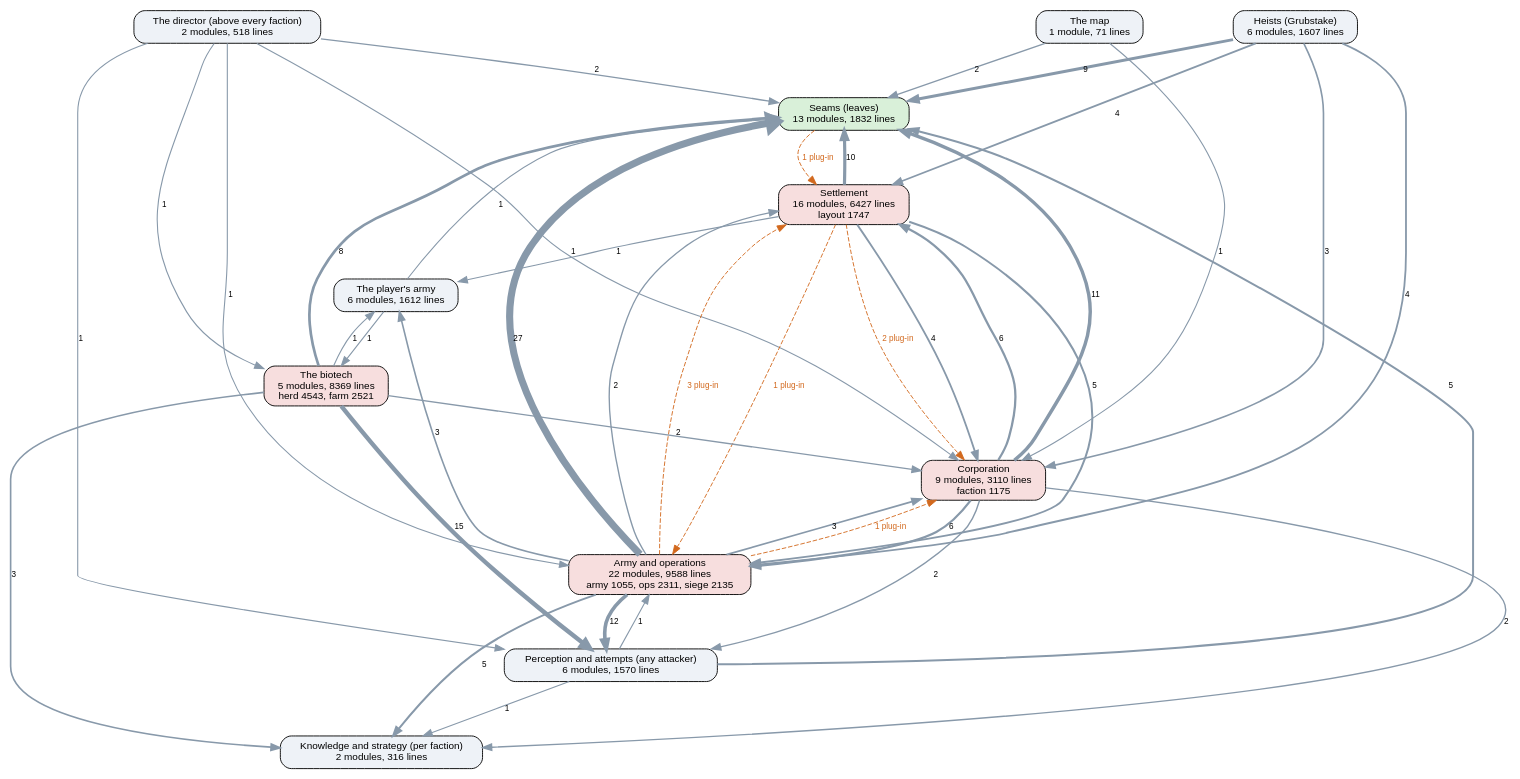
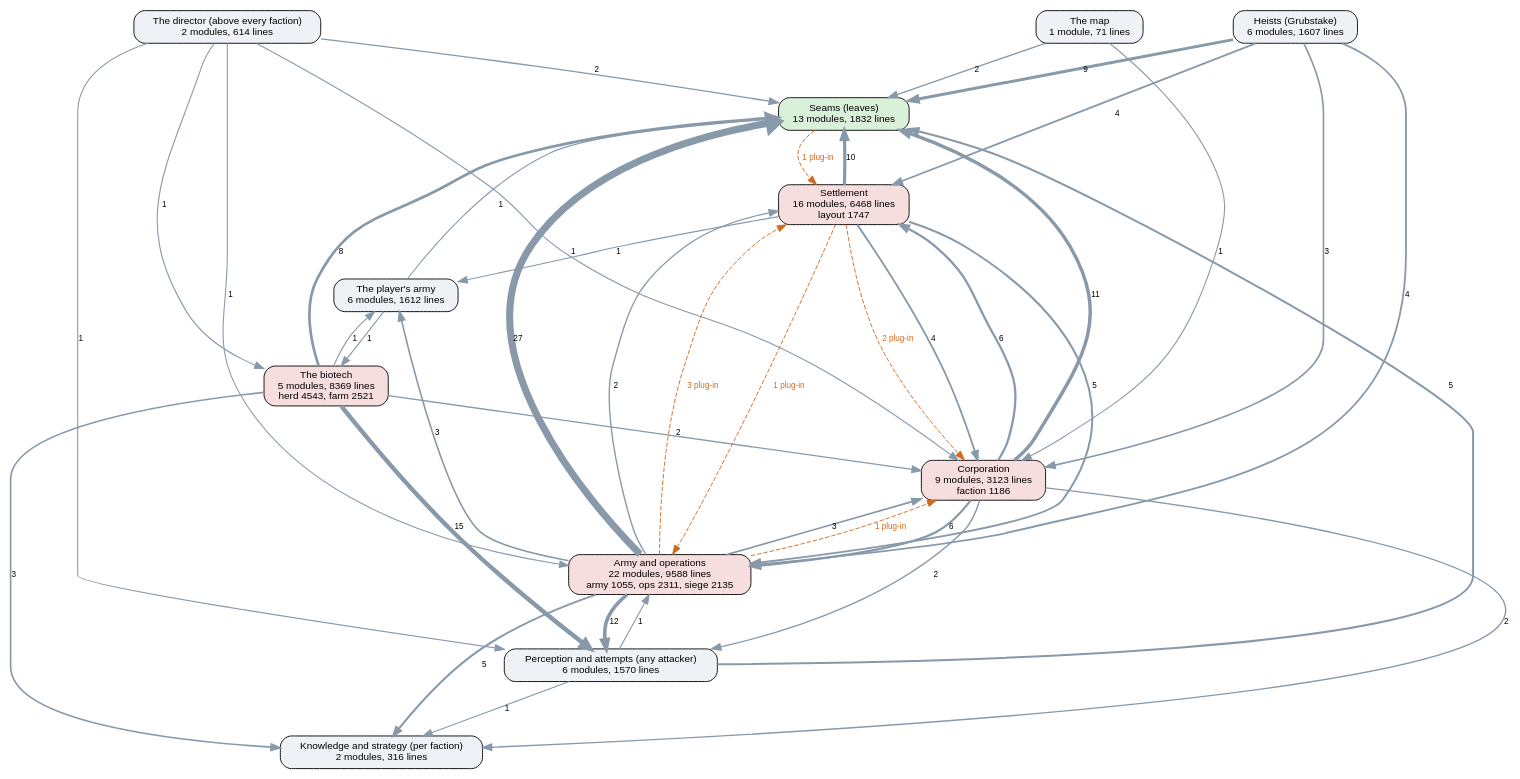
The diagram in docs/ai-layers.dot (kinelhu/landing-party), drawn with Graphviz before and after one commit. The commit also changed 18 other files, not shown here.

```diff
--- a/docs/ai-layers.dot
+++ b/docs/ai-layers.dot
@@ -1,57 +1,57 @@
 digraph layers {
   graph [rankdir=TB, fontname="Helvetica", nodesep=0.5, ranksep=0.7];
   node [shape=box, style="rounded,filled", fontname="Helvetica", fontsize=11, fillcolor="#eef2f7"];
   edge [color="#8899aa", fontname="Helvetica", fontsize=9];
   "Seams (leaves)" [label="Seams (leaves)\n13 modules, 1832 lines", fillcolor="#d9f0d9"];
   "Perception and attempts (any attacker)" [label="Perception and attempts (any attacker)\n6 modules, 1570 lines", fillcolor="#eef2f7"];
   "Knowledge and strategy (per faction)" [label="Knowledge and strategy (per faction)\n2 modules, 316 lines", fillcolor="#eef2f7"];
-  "The director (above every faction)" [label="The director (above every faction)\n2 modules, 518 lines", fillcolor="#eef2f7"];
-  "Corporation" [label="Corporation\n9 modules, 3110 lines\nfaction 1175", fillcolor="#f7dede"];
-  "Settlement" [label="Settlement\n16 modules, 6427 lines\nlayout 1747", fillcolor="#f7dede"];
+  "The director (above every faction)" [label="The director (above every faction)\n2 modules, 614 lines", fillcolor="#eef2f7"];
+  "Corporation" [label="Corporation\n9 modules, 3123 lines\nfaction 1186", fillcolor="#f7dede"];
+  "Settlement" [label="Settlement\n16 modules, 6468 lines\nlayout 1747", fillcolor="#f7dede"];
   "Army and operations" [label="Army and operations\n22 modules, 9588 lines\narmy 1055, ops 2311, siege 2135", fillcolor="#f7dede"];
   "Heists (Grubstake)" [label="Heists (Grubstake)\n6 modules, 1607 lines", fillcolor="#eef2f7"];
   "The biotech" [label="The biotech\n5 modules, 8369 lines\nherd 4543, farm 2521", fillcolor="#f7dede"];
   "The map" [label="The map\n1 module, 71 lines", fillcolor="#eef2f7"];
   "The player's army" [label="The player's army\n6 modules, 1612 lines", fillcolor="#eef2f7"];
   "Army and operations" -> "Corporation" [label="3", penwidth=1.8];
   "Army and operations" -> "Knowledge and strategy (per faction)" [label="5", penwidth=2.2];
   "Army and operations" -> "Perception and attempts (any attacker)" [label="12", penwidth=4.0];
   "Army and operations" -> "Seams (leaves)" [label="27", penwidth=7.8];
   "Army and operations" -> "Settlement" [label="2", penwidth=1.5];
   "Army and operations" -> "The player's army" [label="3", penwidth=1.8];
   "Corporation" -> "Army and operations" [label="6", penwidth=2.5];
   "Corporation" -> "Knowledge and strategy (per faction)" [label="2", penwidth=1.5];
   "Corporation" -> "Perception and attempts (any attacker)" [label="2", penwidth=1.5];
   "Corporation" -> "Seams (leaves)" [label="11", penwidth=3.8];
   "Corporation" -> "Settlement" [label="6", penwidth=2.5];
   "Heists (Grubstake)" -> "Army and operations" [label="4", penwidth=2.0];
   "Heists (Grubstake)" -> "Corporation" [label="3", penwidth=1.8];
   "Heists (Grubstake)" -> "Seams (leaves)" [label="9", penwidth=3.2];
   "Heists (Grubstake)" -> "Settlement" [label="4", penwidth=2.0];
   "Perception and attempts (any attacker)" -> "Army and operations" [label="1", penwidth=1.2];
   "Perception and attempts (any attacker)" -> "Knowledge and strategy (per faction)" [label="1", penwidth=1.2];
   "Perception and attempts (any attacker)" -> "Seams (leaves)" [label="5", penwidth=2.2];
   "Settlement" -> "Army and operations" [label="5", penwidth=2.2];
   "Settlement" -> "Corporation" [label="4", penwidth=2.0];
   "Settlement" -> "Seams (leaves)" [label="10", penwidth=3.5];
   "Settlement" -> "The player's army" [label="1", penwidth=1.2];
   "The biotech" -> "Corporation" [label="2", penwidth=1.5];
   "The biotech" -> "Knowledge and strategy (per faction)" [label="3", penwidth=1.8];
   "The biotech" -> "Perception and attempts (any attacker)" [label="15", penwidth=4.8];
   "The biotech" -> "Seams (leaves)" [label="8", penwidth=3.0];
   "The biotech" -> "The player's army" [label="1", penwidth=1.2];
   "The director (above every faction)" -> "Army and operations" [label="1", penwidth=1.2];
   "The director (above every faction)" -> "Corporation" [label="1", penwidth=1.2];
   "The director (above every faction)" -> "Perception and attempts (any attacker)" [label="1", penwidth=1.2];
   "The director (above every faction)" -> "Seams (leaves)" [label="2", penwidth=1.5];
   "The director (above every faction)" -> "The biotech" [label="1", penwidth=1.2];
   "The map" -> "Corporation" [label="1", penwidth=1.2];
   "The map" -> "Seams (leaves)" [label="2", penwidth=1.5];
   "The player's army" -> "Seams (leaves)" [label="1", penwidth=1.2];
   "The player's army" -> "The biotech" [label="1", penwidth=1.2];
   "Army and operations" -> "Corporation" [style=dashed, color="#d2691e", fontcolor="#d2691e", label="1 plug-in"];
   "Army and operations" -> "Settlement" [style=dashed, color="#d2691e", fontcolor="#d2691e", label="3 plug-in"];
   "Seams (leaves)" -> "Settlement" [style=dashed, color="#d2691e", fontcolor="#d2691e", label="1 plug-in"];
   "Settlement" -> "Army and operations" [style=dashed, color="#d2691e", fontcolor="#d2691e", label="1 plug-in"];
   "Settlement" -> "Corporation" [style=dashed, color="#d2691e", fontcolor="#d2691e", label="2 plug-in"];
 }
```
